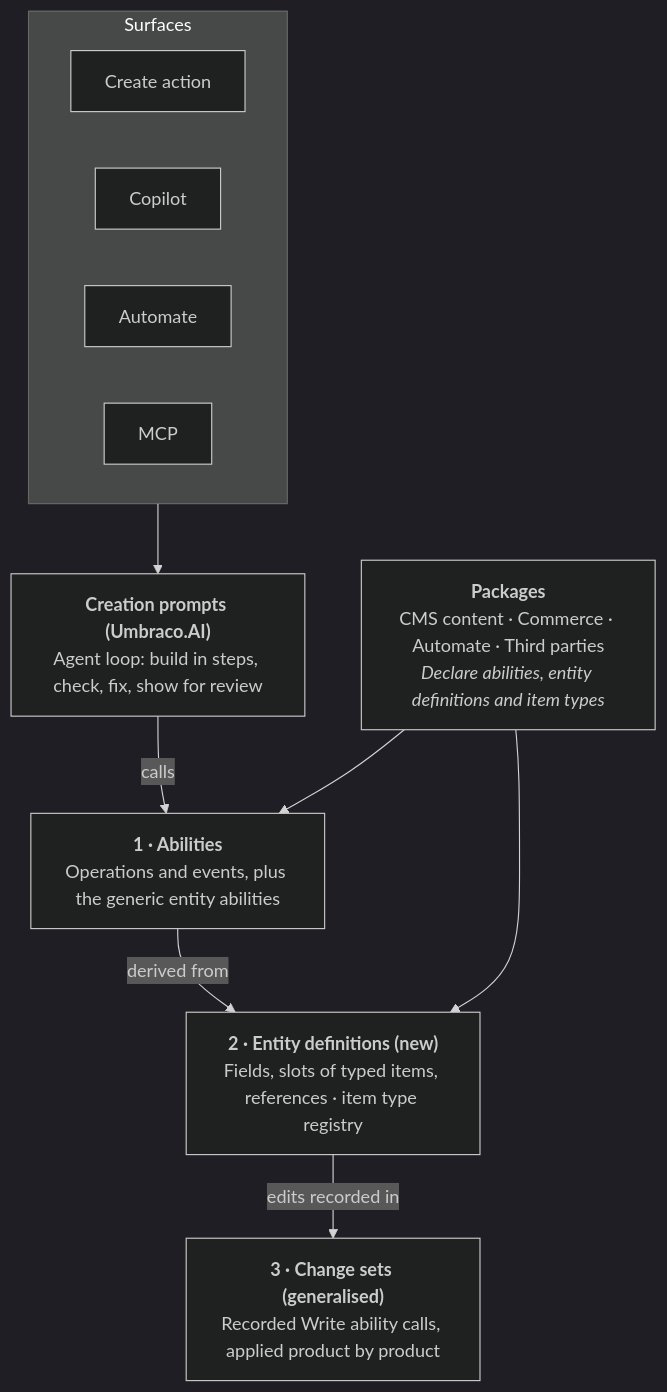
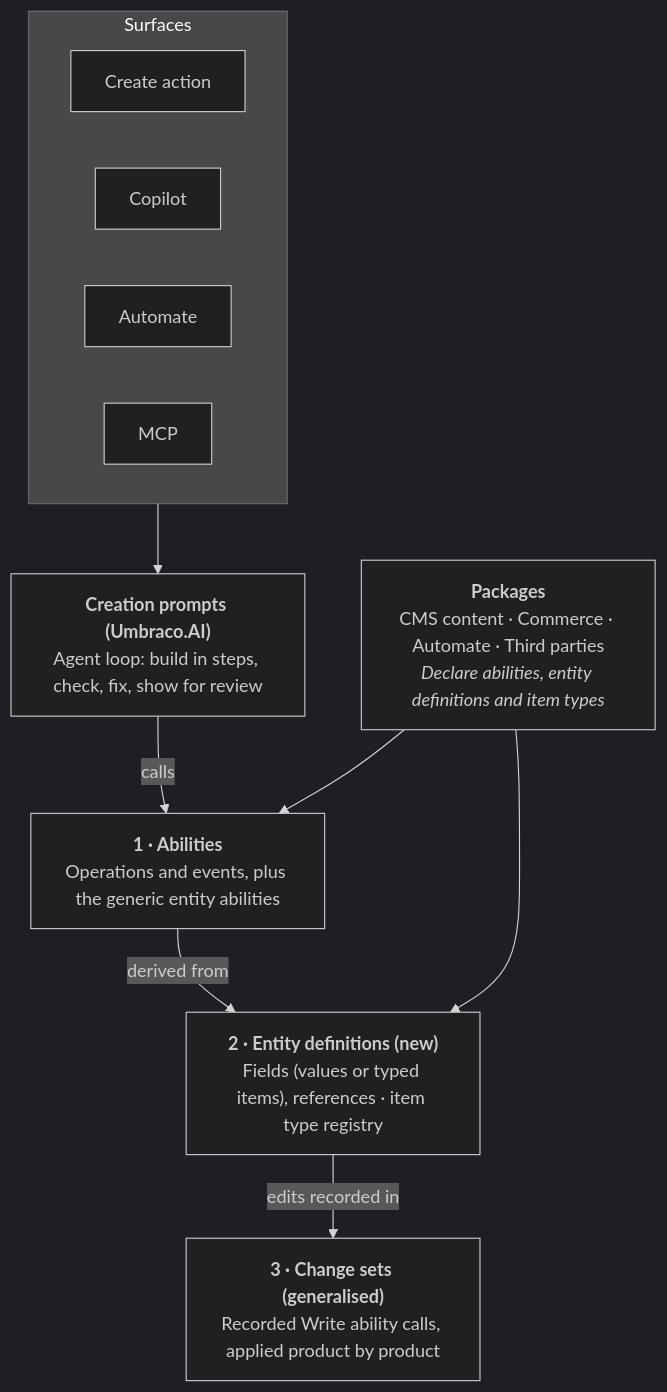
One commit to umbraco/Umbraco.AI changed the diagram in docs/plans/abilities-entities-change-sets/ARCHITECTURE.md. Above: the diagram before and after it, drawn with Mermaid (dark theme). The commit also changed other lines of this file and 27 other files, not shown here.

First line of the commit message:
chore: Fold slots into fields as an items value type

````diff
--- a/docs/plans/abilities-entities-change-sets/ARCHITECTURE.md
+++ b/docs/plans/abilities-entities-change-sets/ARCHITECTURE.md
@@ -24,22 +24,22 @@
 ```mermaid
 flowchart TB
     subgraph surfaces["Surfaces"]
         direction LR
         action["Create action"]
         copilot["Copilot"]
         automate["Automate"]
         mcp["MCP"]
     end
     prompts["<b>Creation prompts (Umbraco.AI)</b><br/>Agent loop: build in steps, check, fix, show for review"]
     abilities["<b>1 · Abilities</b><br/>Operations and events, plus the generic entity abilities"]
-    entities["<b>2 · Entity definitions (new)</b><br/>Fields, slots of typed items, references · item type registry"]
+    entities["<b>2 · Entity definitions (new)</b><br/>Fields (values or typed items), references · item type registry"]
     changesets["<b>3 · Change sets (generalised)</b><br/>Recorded Write ability calls, applied product by product"]
     packages["<b>Packages</b><br/>CMS content · Commerce · Automate · Third parties<br/><i>Declare abilities, entity definitions and item types</i>"]
 
     surfaces --> prompts
     prompts -- calls --> abilities
     abilities -- derived from --> entities
     entities -- edits recorded in --> changesets
     packages --> abilities
     packages --> entities
 ```
````
